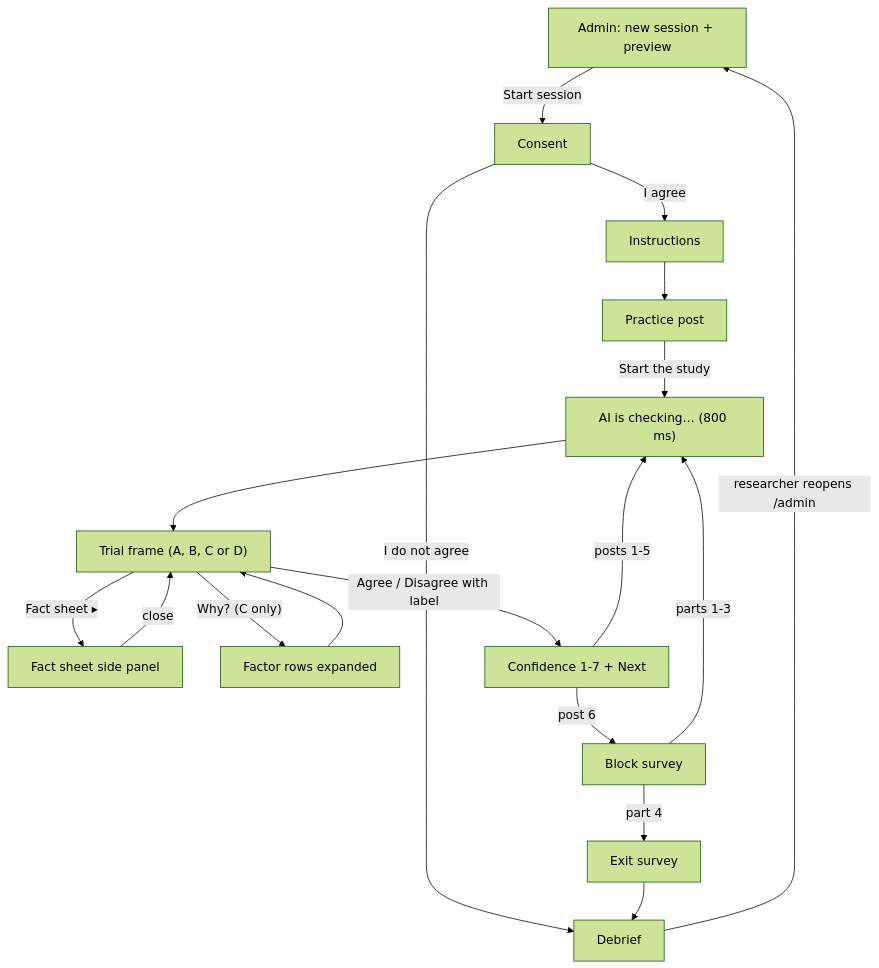
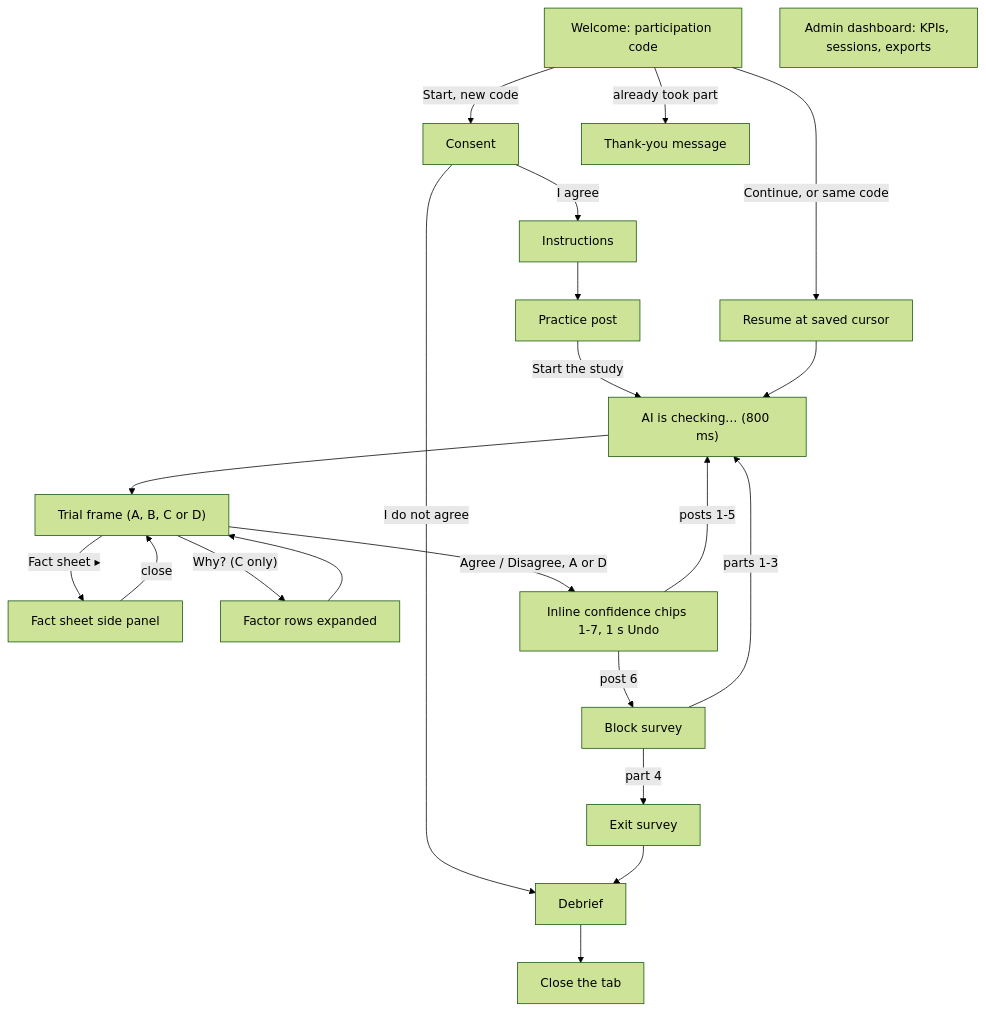
One commit to bibekgupta3333/HCI changed the diagram in docs/wireframes.md. Above: the diagram before and after it, drawn with Mermaid (forest theme). The commit also changed other lines of this file and 87 other files, not shown here.

````diff
--- a/docs/wireframes.md
+++ b/docs/wireframes.md
@@ -505,20 +586,24 @@
 ```mermaid
 flowchart TD
-    Admin["Admin: new session + preview"] -->|"Start session"| Consent
+    Welcome["Welcome: participation code"] -->|"Start, new code"| Consent
+    Welcome -->|"Continue, or same code"| Resume["Resume at saved cursor"]
+    Welcome -->|"already took part"| Thanks["Thank-you message"]
     Consent -->|"I do not agree"| Debrief
     Consent -->|"I agree"| Instr["Instructions"]
     Instr --> Practice["Practice post"]
     Practice -->|"Start the study"| Checking["AI is checking… (800 ms)"]
     Checking --> Trial["Trial frame (A, B, C or D)"]
     Trial -->|"Fact sheet ▸"| Fact["Fact sheet side panel"]
     Fact -->|"close"| Trial
     Trial -->|"Why? (C only)"| Factors["Factor rows expanded"]
     Factors --> Trial
-    Trial -->|"Agree / Disagree with label"| Conf["Confidence 1-7 + Next"]
+    Trial -->|"Agree / Disagree, A or D"| Conf["Inline confidence chips 1-7, 1 s Undo"]
     Conf -->|"posts 1-5"| Checking
     Conf -->|"post 6"| Survey["Block survey"]
     Survey -->|"parts 1-3"| Checking
     Survey -->|"part 4"| Exit["Exit survey"]
     Exit --> Debrief
-    Debrief -->|"researcher reopens /admin"| Admin
+    Resume --> Checking
+    Debrief --> End["Close the tab"]
+    Admin["Admin dashboard: KPIs, sessions, exports"]
 ```
````
